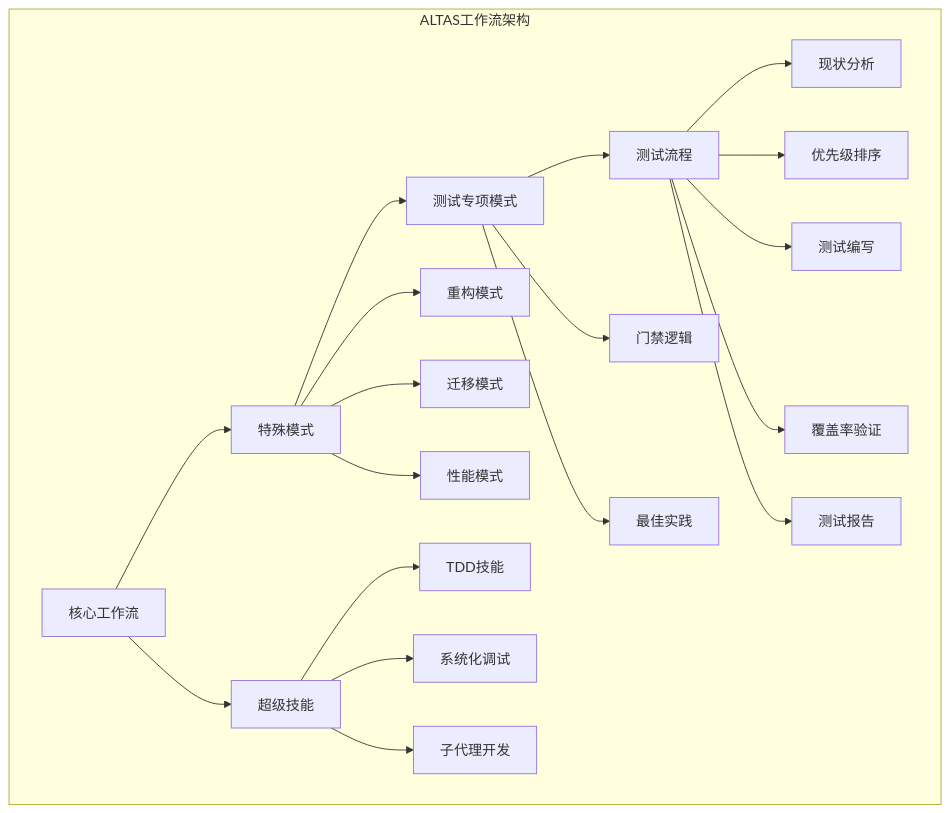
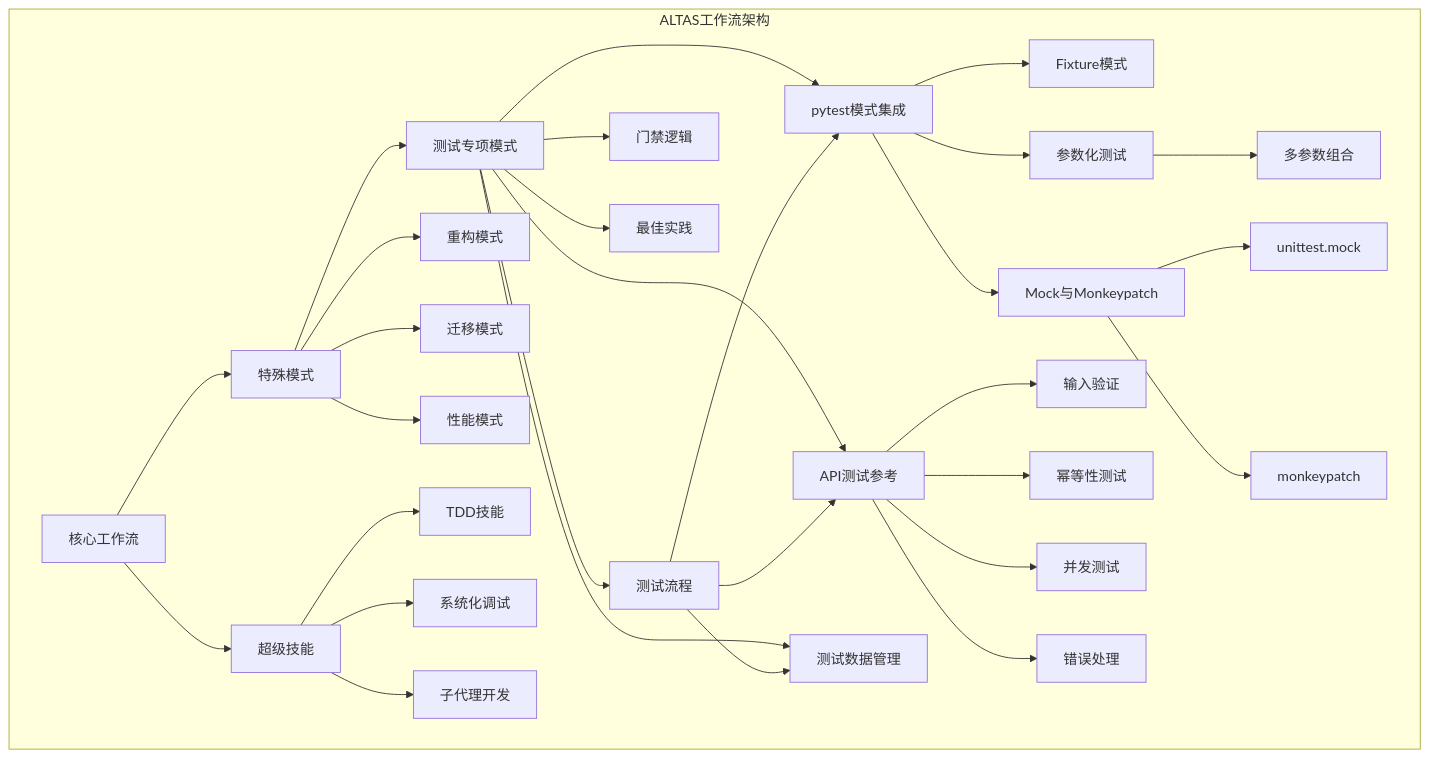
Before and after one commit to AngelWings1997/altas: the first of 18 diagrams in .qoder/repowiki/zh/content/测试专项模式.md, drawn with Mermaid. The commit also changed other lines of this file and 25 other files, not shown here.

````diff
--- a/.qoder/repowiki/zh/content/测试专项模式.md
+++ b/.qoder/repowiki/zh/content/测试专项模式.md
@@ -37,22 +51,33 @@
 ```mermaid
 graph TB
 subgraph "ALTAS工作流架构"
 A[核心工作流] --> B[特殊模式]
 A --> C[超级技能]
 B --> D[测试专项模式]
 B --> E[重构模式]
 B --> F[迁移模式]
 B --> G[性能模式]
 C --> H[TDD技能]
 C --> I[系统化调试]
 C --> J[子代理开发]
 D --> K[测试流程]
 D --> L[门禁逻辑]
 D --> M[最佳实践]
-K --> N[现状分析]
-K --> O[优先级排序]
-K --> P[测试编写]
-K --> Q[覆盖率验证]
-K --> R[测试报告]
+D --> N[pytest模式集成]
+D --> O[API测试参考]
+D --> P[测试数据管理]
+K --> N
+K --> O
+K --> P
+N --> Q[Fixture模式]
+N --> R[参数化测试]
+N --> S[Mock与Monkeypatch]
+R --> T[多参数组合]
+S --> U[unittest.mock]
+S --> V[monkeypatch]
+O --> W[输入验证]
+O --> X[幂等性测试]
+O --> Y[并发测试]
+O --> Z[错误处理]
 end
 ```
````
